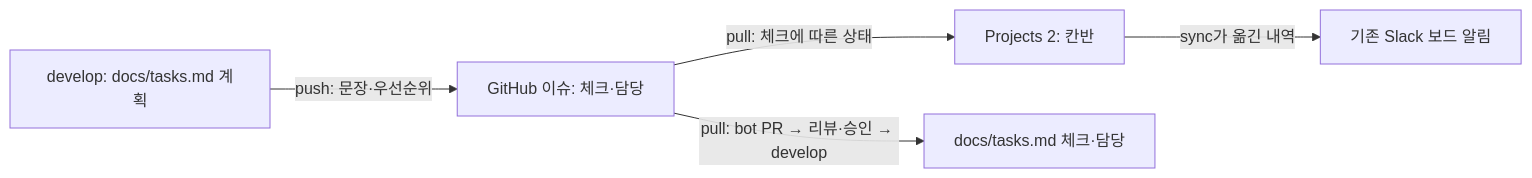
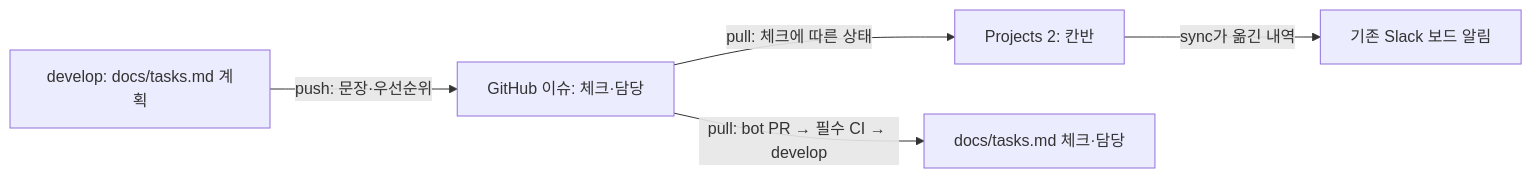
Before and after one commit to Softbank-Hackathon-Finals/platform: the diagram in docs/project-board.md, drawn with Mermaid. The commit also changed other lines of this file and 5 other files, not shown here.

````diff
--- a/docs/project-board.md
+++ b/docs/project-board.md
@@ -5,7 +5,7 @@
 ```mermaid
 flowchart LR
   Plan["develop: docs/tasks.md 계획"] -->|"push: 문장·우선순위"| Issue["GitHub 이슈: 체크·담당"]
   Issue -->|"pull: 체크에 따른 상태"| Board["Projects 2: 칸반"]
-  Issue -->|"pull: bot PR → 리뷰·승인 → develop"| Local["docs/tasks.md 체크·담당"]
+  Issue -->|"pull: bot PR → 필수 CI → develop"| Local["docs/tasks.md 체크·담당"]
   Board -->|"sync가 옮긴 내역"| Slack["기존 Slack 보드 알림"]
 ```
````
